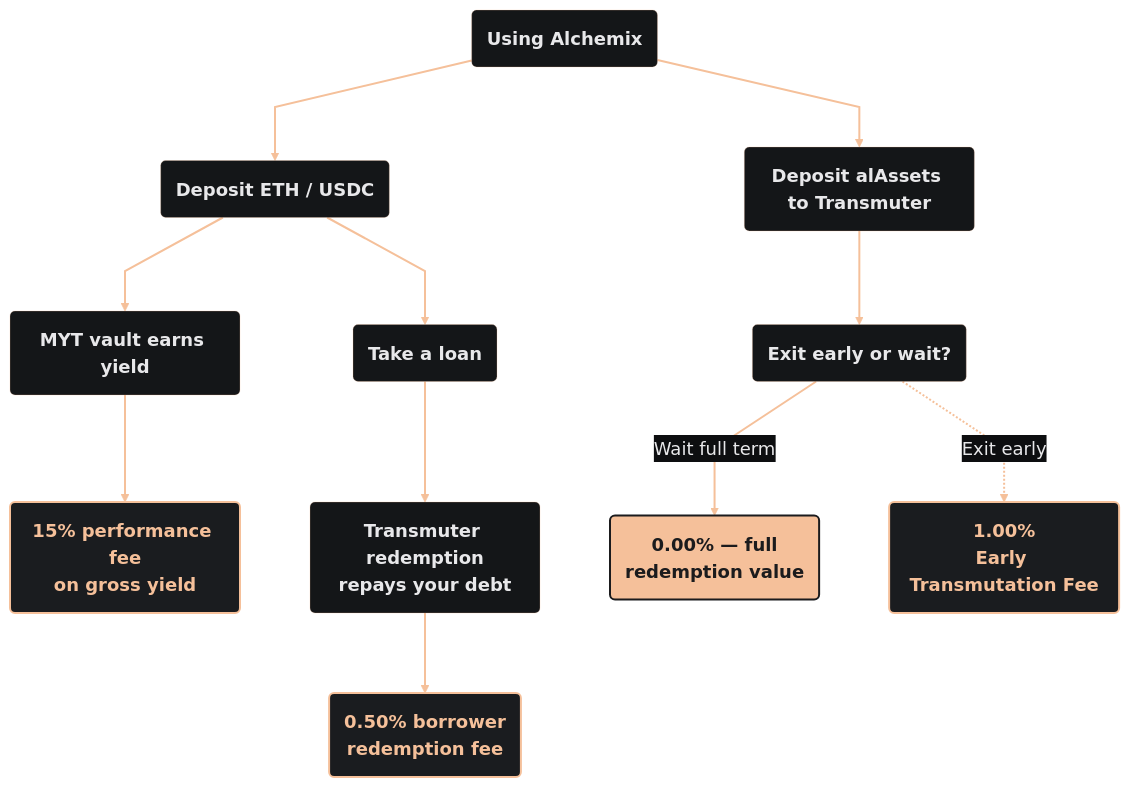
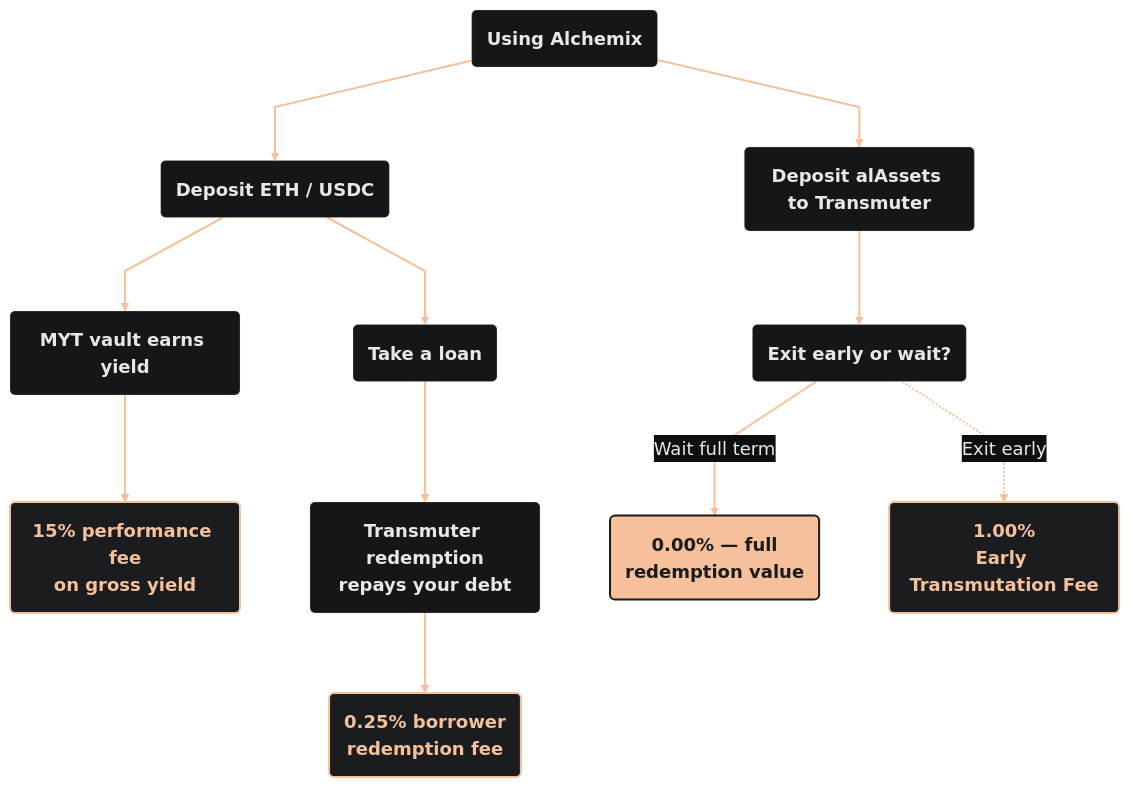
Before and after one commit to alchemix-finance/alchemix-v3-docs: the diagram in docs/user/concepts/fees.md, drawn with Mermaid. The commit also changed other lines of this file and 2 other files, not shown here.

Commit message:
Redemption fee adj 0.5 -> 0.25

````diff
--- a/docs/user/concepts/fees.md
+++ b/docs/user/concepts/fees.md
@@ -13,32 +13,32 @@
 ```mermaid
 %%{init: {
   'theme': 'base',
   'themeVariables': {
     'fontFamily': 'Montserrat',
     'primaryColor': '#141618',
     'primaryBorderColor': 'rgba(245,192,154,0.25)',
     'primaryTextColor': '#e8e8ea',
     'lineColor': '#f5c09a',
     'edgeLabelBackground': '#0d0e10',
     'tertiaryColor': '#141618',
     'fontSize': '18px'
   },
   'flowchart': { 'curve': 'linear', 'nodeSpacing': 70, 'rankSpacing': 80 }
 }}%%
 flowchart TD
     classDef default font-weight:bold;
     classDef fee fill:#1a1c1f,stroke:#f5c09a,stroke-width:2px,color:#f5c09a;
     classDef free fill:#f5c09a,stroke:#1b1b1d,stroke-width:2px,color:#1b1b1d;
 
     A(Using Alchemix) --> B(Deposit ETH / USDC)
     A --> C(Deposit alAssets to Transmuter)
 
     B --> D(MYT vault earns yield) --> E(<b>15%</b> performance fee<br/><span style='color:#8a8f99'>on gross yield</span>):::fee
-    B --> F(Take a loan) --> G(Transmuter redemption<br/>repays your debt) --> H(<b>0.50%</b> borrower<br/><span style='color:#8a8f99'>redemption fee</span>):::fee
+    B --> F(Take a loan) --> G(Transmuter redemption<br/>repays your debt) --> H(<b>0.25%</b> borrower<br/><span style='color:#8a8f99'>redemption fee</span>):::fee
 
     C --> I(Exit early or wait?)
     I -->|Wait full term| J(<b>0.00%</b> — full<br/>redemption value):::free
     I -.->|Exit early| K(<b>1.00%</b><br/><span style='color:#8a8f99'>Early Transmutation Fee</span>):::fee
 
     linkStyle 0,1,2,3,4,5,6,7,8,9 stroke:#f5c09a,stroke-width:2px
 ```
````
